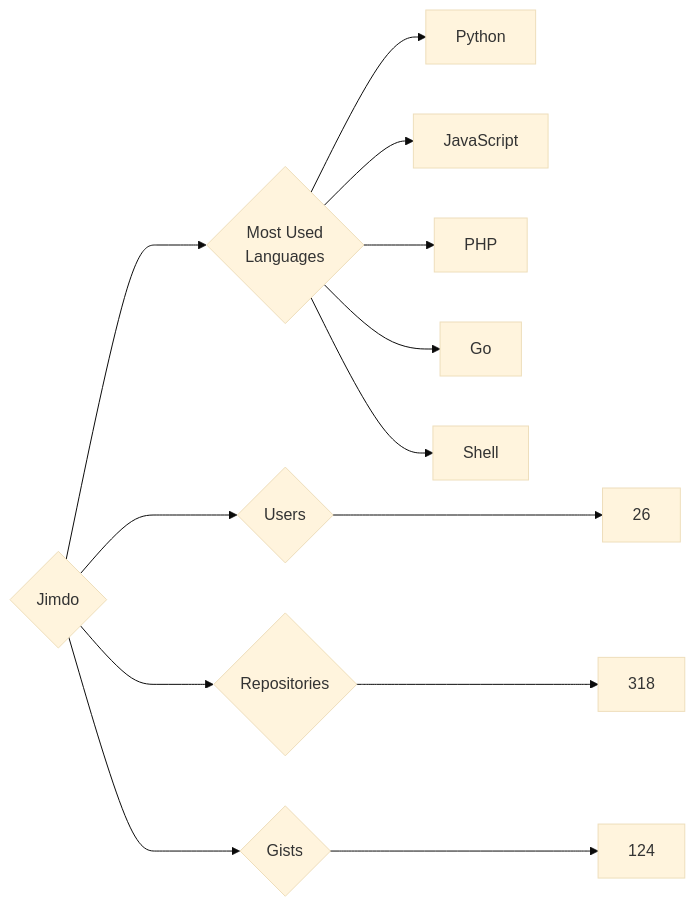
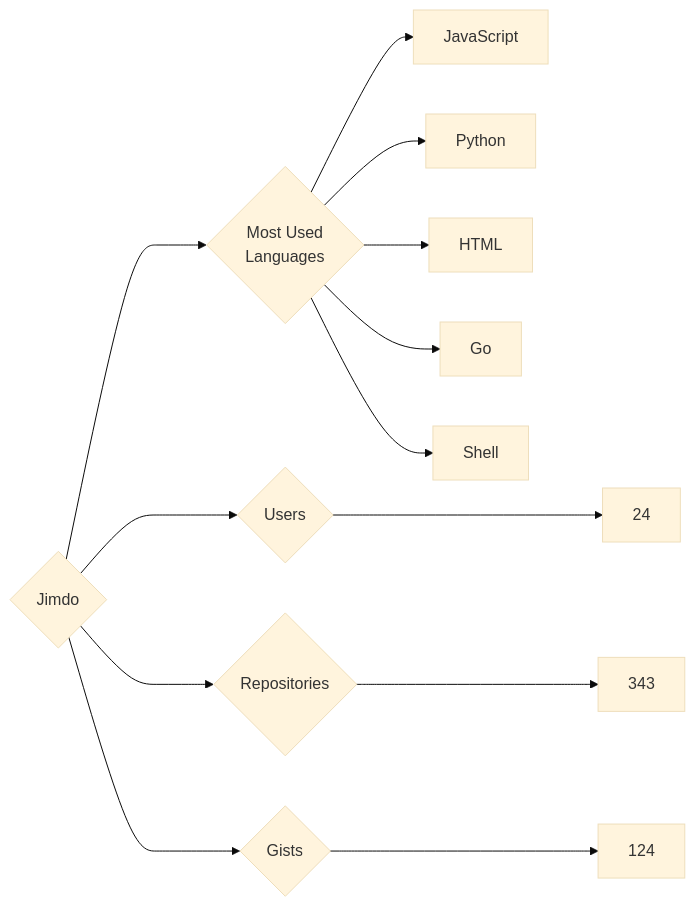
Before and after one commit to trickest/insiders: the diagram in targets/Jimdo/README.md, drawn with Mermaid (base theme). The commit also changed 930 other files, not shown here.

````diff
--- a/targets/Jimdo/README.md
+++ b/targets/Jimdo/README.md
@@ -3,13 +3,13 @@
 ```mermaid
 graph LR
 COMPANY_NAME{Jimdo}
-COMPANY_NAME ---> U{Users} ---> UN[26]
-COMPANY_NAME ---> R{Repositories} ---> RN[318]
+COMPANY_NAME ---> U{Users} ---> UN[24]
+COMPANY_NAME ---> R{Repositories} ---> RN[343]
 COMPANY_NAME ---> G{Gists} ---> GN[124]
 COMPANY_NAME ---> ML{Most Used<br>Languages}
+ML --> JavaScript[JavaScript]
 ML --> Python[Python]
-ML --> JavaScript[JavaScript]
-ML --> PHP[PHP]
+ML --> HTML[HTML]
 ML --> Go[Go]
 ML --> Shell[Shell]
 ```
````
